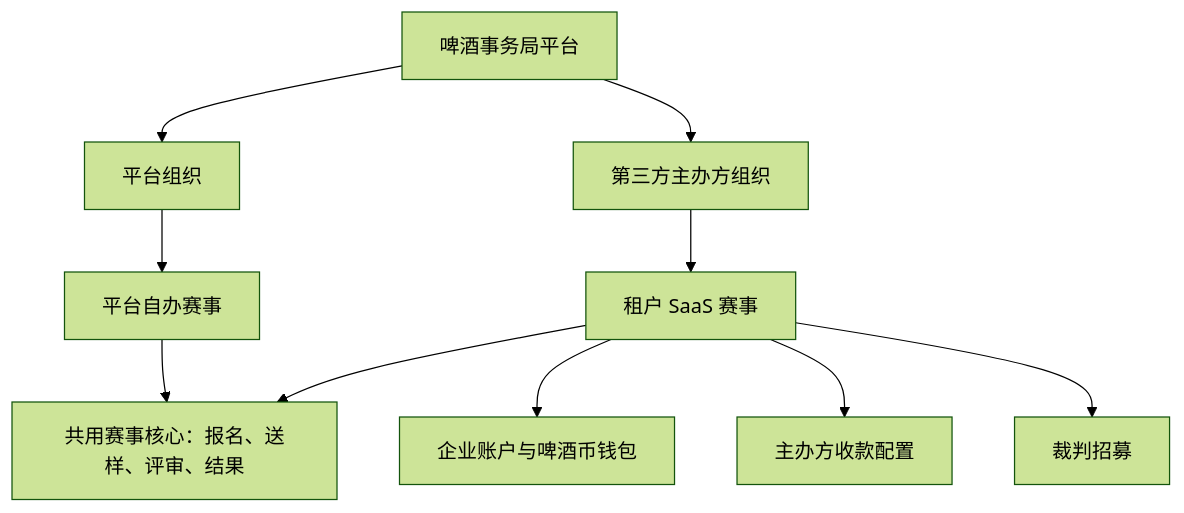
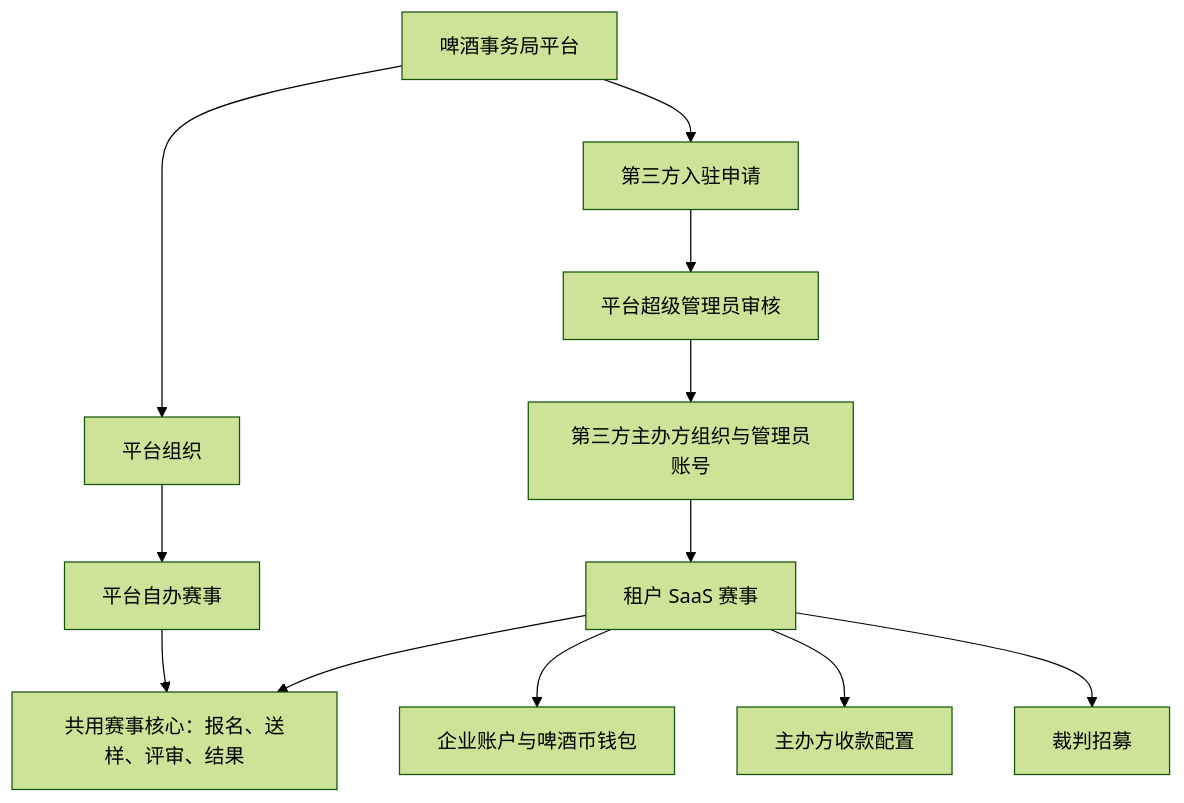
Before and after one commit to kr3ningxia/beer-competition: the diagram in docs/02-二期-SaaS化/01-总体方案.md, drawn with Mermaid (forest theme). The commit also changed other lines of this file and 41 other files, not shown here.

````diff
--- a/docs/02-二期-SaaS化/01-总体方案.md
+++ b/docs/02-二期-SaaS化/01-总体方案.md
@@ -54,12 +58,14 @@
 ```mermaid
 flowchart TD
     P[啤酒事务局平台] --> O1[平台组织]
-    P --> O2[第三方主办方组织]
+    P --> A[第三方入驻申请]
+    A --> S[平台超级管理员审核]
+    S --> O2[第三方主办方组织与管理员账号]
     O1 --> C1[平台自办赛事]
     O2 --> C2[租户 SaaS 赛事]
     C1 --> E[共用赛事核心：报名、送样、评审、结果]
     C2 --> E
     C2 --> W[企业账户与啤酒币钱包]
     C2 --> R[主办方收款配置]
     C2 --> J[裁判招募]
 ```
````
